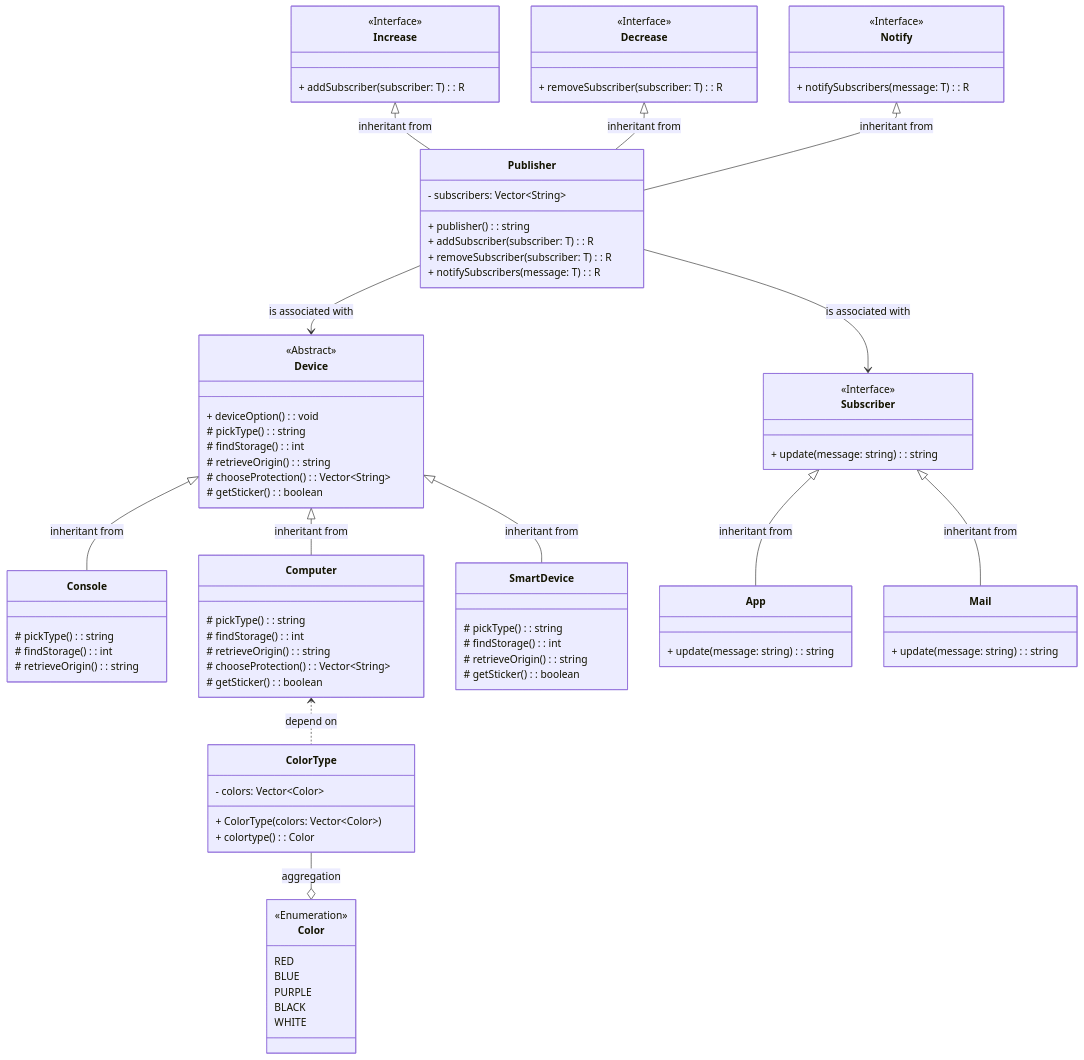
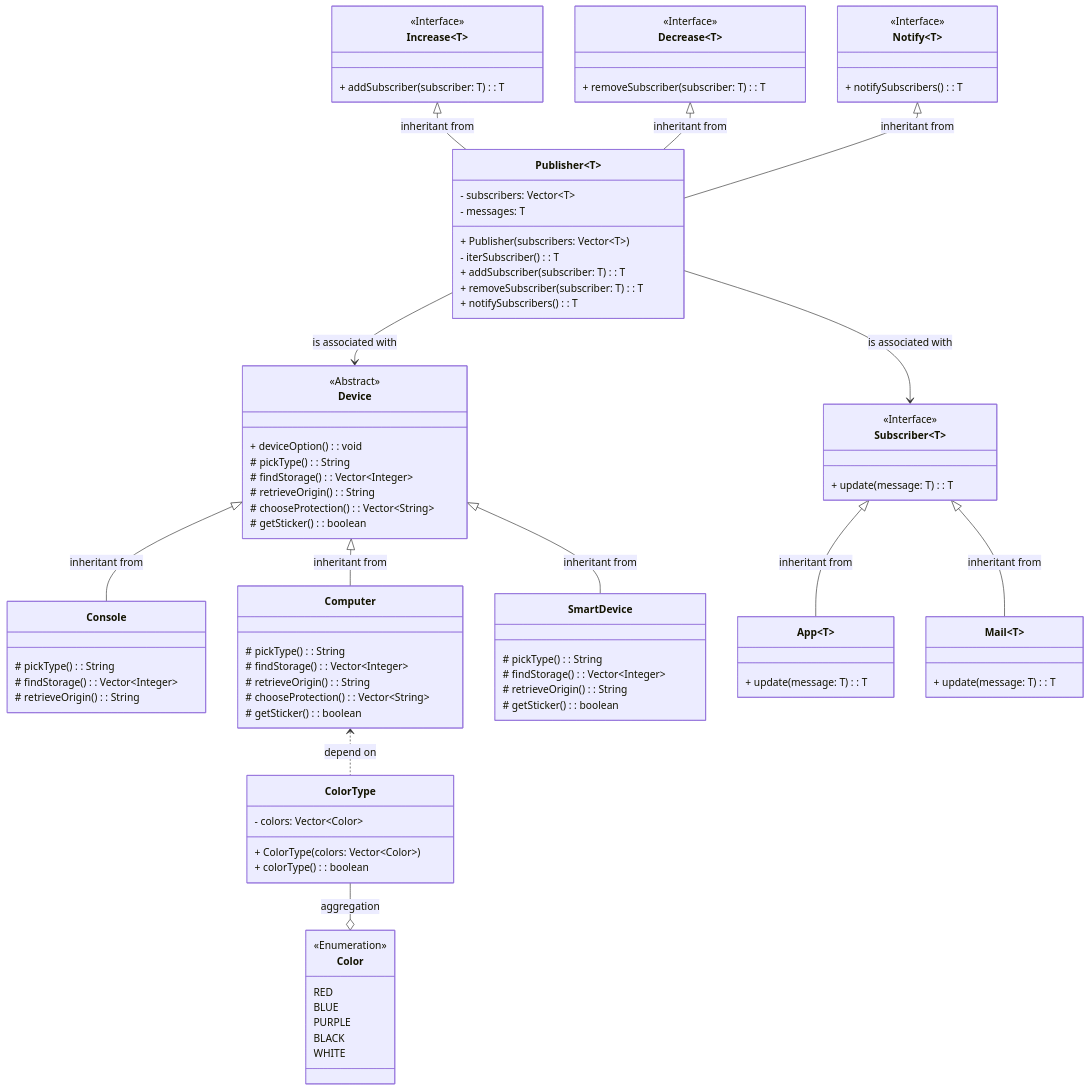
Before and after one commit to RedIsGaming/device: the diagram in src/diagrams/ClassDiagram.md, drawn with Mermaid. The commit also changed 15 other files, not shown here.

Commit message:
refactor: Changed UML and fixed project

```diff
--- a/src/diagrams/ClassDiagram.md
+++ b/src/diagrams/ClassDiagram.md
@@ -3,31 +3,31 @@
     class Device {
         <<Abstract>>
         + deviceOption(): void
-        # pickType(): string
-        # findStorage(): int
-        # retrieveOrigin(): string
+        # pickType(): String
+        # findStorage(): Vector~Integer~
+        # retrieveOrigin(): String
         # chooseProtection(): Vector~String~
         # getSticker(): boolean
     }
 
     class Console {
-        # pickType(): string
-        # findStorage(): int
-        # retrieveOrigin(): string
+        # pickType(): String
+        # findStorage(): Vector~Integer~
+        # retrieveOrigin(): String
     }
 
     class Computer {
-        # pickType(): string
-        # findStorage(): int
-        # retrieveOrigin(): string
+        # pickType(): String
+        # findStorage(): Vector~Integer~
+        # retrieveOrigin(): String
         # chooseProtection(): Vector~String~
         # getSticker(): boolean
     }
 
     class SmartDevice {
-        # pickType(): string
-        # findStorage(): int
-        # retrieveOrigin(): string
+        # pickType(): String
+        # findStorage(): Vector~Integer~
+        # retrieveOrigin(): String
         # getSticker(): boolean
     }
 
@@ -43,43 +43,45 @@
     class ColorType {
         - colors: Vector~Color~
         + ColorType(colors: Vector~Color~)
-        + colortype(): Color
+        + colorType(): boolean
     }
 
-    class Increase {
+    class Increase~T~ {
         <<Interface>>
-        + addSubscriber(subscriber: T): R
+        + addSubscriber(subscriber: T): T
     }
 
-    class Decrease {
+    class Decrease~T~ {
         <<Interface>>
-        + removeSubscriber(subscriber: T): R
+        + removeSubscriber(subscriber: T): T
     }
 
-    class Notify {
+    class Notify~T~ {
         <<Interface>>
-        + notifySubscribers(message: T): R
+        + notifySubscribers(): T
     }
 
-    class Publisher {
-        - subscribers: Vector~String~
-        + publisher(): string
-        + addSubscriber(subscriber: T): R
-        + removeSubscriber(subscriber: T): R
-        + notifySubscribers(message: T): R
+    class Publisher~T~ {
+        - subscribers: Vector~T~
+        - messages: T
+        + Publisher(subscribers: Vector~T~)
+        - iterSubscriber(): T
+        + addSubscriber(subscriber: T): T
+        + removeSubscriber(subscriber: T): T
+        + notifySubscribers(): T
     }
 
-    class Subscriber {
+    class Subscriber~T~ {
         <<Interface>>
-        + update(message: string): string
+        + update(message: T): T
     }
 
-    class App {
-        + update(message: string): string
+    class App~T~ {
+        + update(message: T): T
     }
 
-    class Mail {
-        + update(message: string): string
+    class Mail~T~ {
+        + update(message: T): T
     }
 
     Device <|-- Console : inheritant from
```
